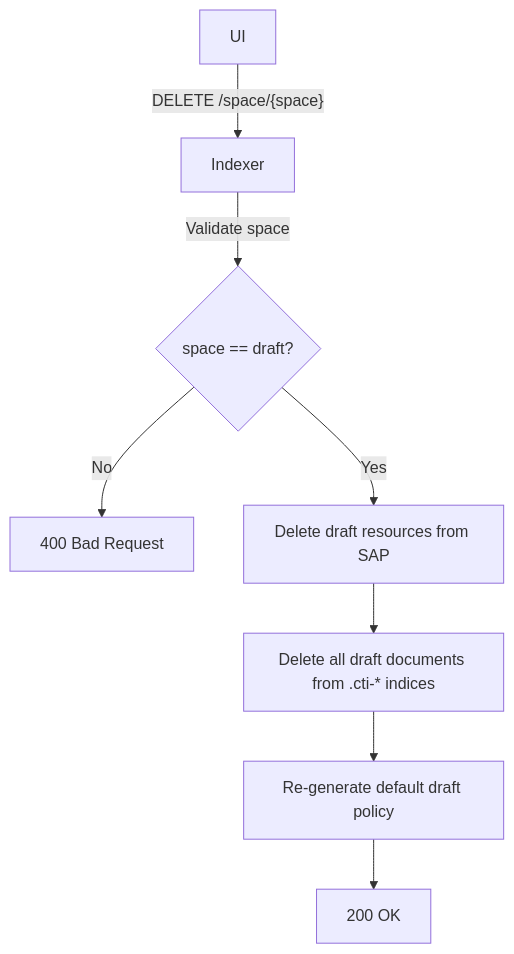
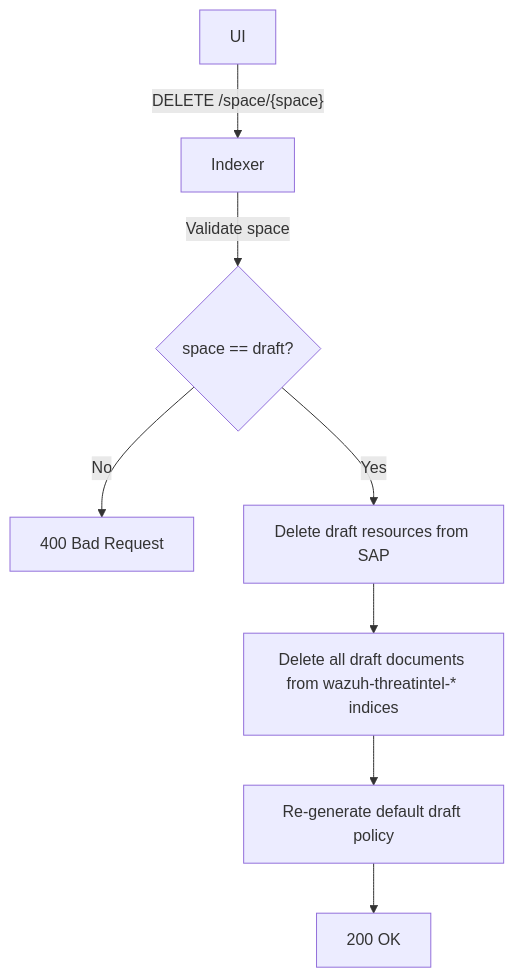
Before and after one commit to wazuh/wazuh-indexer-plugins: the tenth of 10 diagrams in docs/dev/plugins/content-manager.md, drawn with Mermaid. The commit also changed other lines of this file and 8 other files, not shown here.

````diff
--- a/docs/dev/plugins/content-manager.md
+++ b/docs/dev/plugins/content-manager.md
@@ -619,10 +619,10 @@
 ```mermaid
 flowchart TD
     UI[UI] -->|"DELETE /space/{space}"| Indexer
     Indexer -->|Validate space| Check{space == draft?}
     Check -->|No| Error400[400 Bad Request]
     Check -->|Yes| DeleteSAP[Delete draft resources from SAP]
-    DeleteSAP --> DeleteCTI[Delete all draft documents from .cti-* indices]
+    DeleteSAP --> DeleteCTI[Delete all draft documents from wazuh-threatintel-* indices]
     DeleteCTI --> RegenPolicy[Re-generate default draft policy]
     RegenPolicy --> OK[200 OK]
 ```
````
